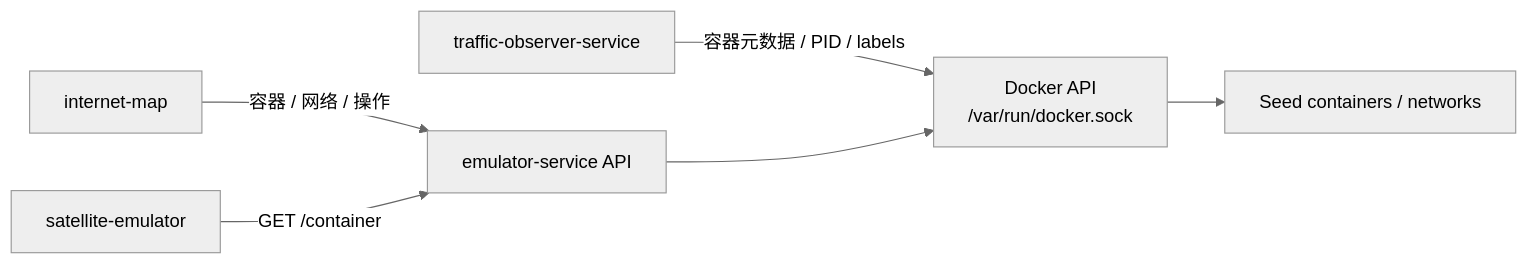
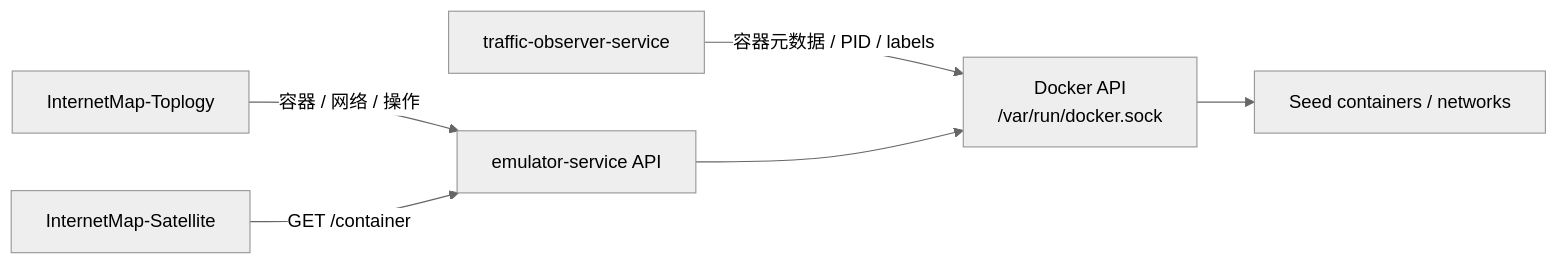
One commit to cy-gitlab/seed-visualization changed the diagram in docs/emulator-service.md. Above: the diagram before and after it, drawn with Mermaid (neutral theme). The commit also changed other lines of this file and 57 other files, not shown here.

````diff
--- a/docs/emulator-service.md
+++ b/docs/emulator-service.md
@@ -14,16 +14,16 @@
 ```mermaid
 %%{init: {"flowchart": {"useMaxWidth": true, "htmlLabels": true}} }%%
 flowchart LR
-  IM["internet-map"]
-  SAT["satellite-emulator"]
+  IM["InternetMap-Toplogy"]
+  SAT["InternetMap-Satellite"]
   TO["traffic-observer-service"]
   API["emulator-service API"]
   Docker["Docker API<br/>/var/run/docker.sock"]
   Seed["Seed containers / networks"]
 
   IM -->|"容器 / 网络 / 操作"| API
   SAT -->|"GET /container"| API
   TO -->|"容器元数据 / PID / labels"| Docker
   API --> Docker
   Docker --> Seed
 ```
````
